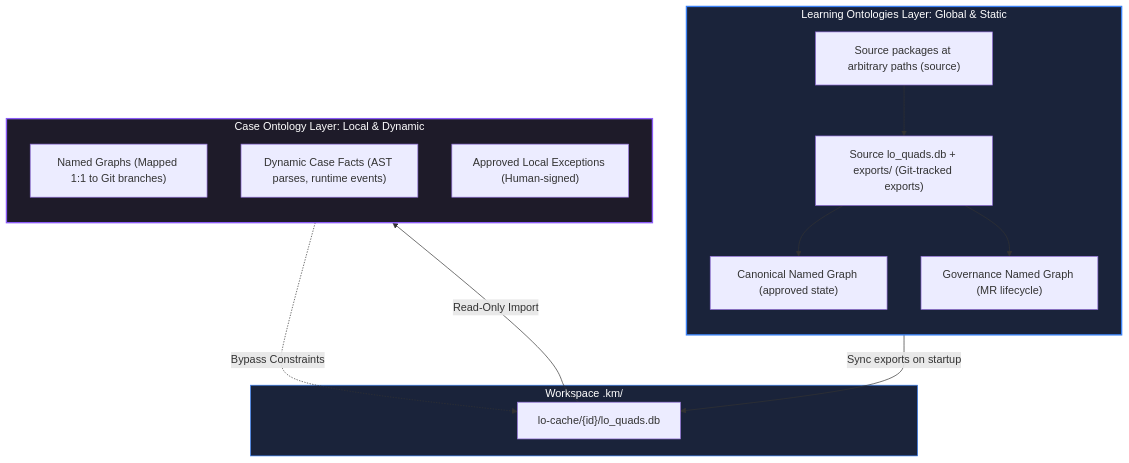
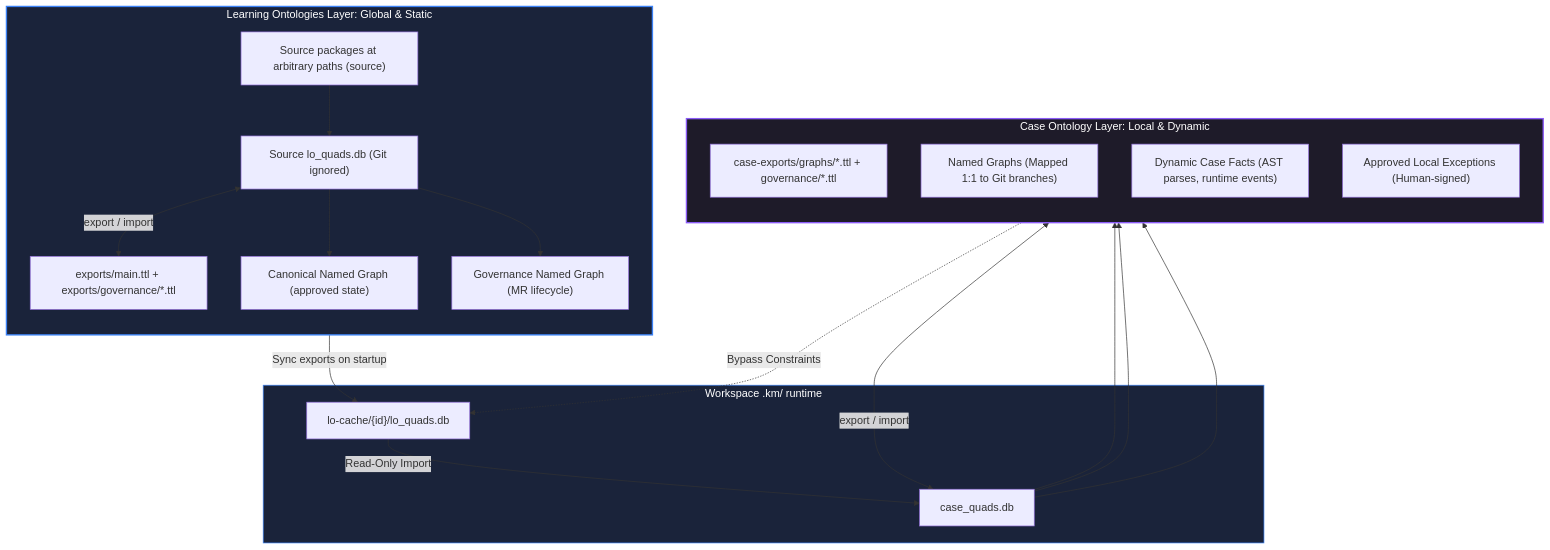
The first of 5 diagrams in docs/knowledge-management-specification.md (isaacnugroho/km), drawn with Mermaid before and after one commit. The commit also changed other lines of this file and 8 other files, not shown here.

````diff
--- a/docs/knowledge-management-specification.md
+++ b/docs/knowledge-management-specification.md
@@ -13,32 +13,40 @@
 ```mermaid
 graph TD
     subgraph LO [Learning Ontologies Layer: Global & Static]
         direction TB
         LO_Source["Source packages at arbitrary paths (source)"]
-        LO_Store["Source lo_quads.db + exports/ (Git-tracked exports)"]
+        LO_Store["Source lo_quads.db (Git ignored)"]
+        LO_Exports["exports/main.ttl + exports/governance/*.ttl"]
         LO_Canonical["Canonical Named Graph (approved state)"]
         LO_Governance["Governance Named Graph (MR lifecycle)"]
         LO_Source --> LO_Store
+        LO_Store <-->|export / import| LO_Exports
         LO_Store --> LO_Canonical
         LO_Store --> LO_Governance
     end
 
-    subgraph WS [Workspace .km/]
+    subgraph WS [Workspace .km/ runtime]
         LO_Cache["lo-cache/{id}/lo_quads.db"]
+        CO_DB["case_quads.db"]
     end
 
     subgraph CO [Case Ontology Layer: Local & Dynamic]
         direction TB
+        CO_Exports["case-exports/graphs/*.ttl + governance/*.ttl"]
         CO_BranchGraph["Named Graphs (Mapped 1:1 to Git branches)"]
         CO_Facts["Dynamic Case Facts (AST parses, runtime events)"]
         CO_Exceptions["Approved Local Exceptions (Human-signed)"]
+        CO_DB <-->|export / import| CO_Exports
+        CO_DB --> CO_BranchGraph
+        CO_DB --> CO_Facts
+        CO_DB --> CO_Exceptions
     end
 
     LO_Source -->|Sync exports on startup| LO_Cache
-    LO_Cache -->|Read-Only Import| CO
+    LO_Cache -->|Read-Only Import| CO_DB
     CO_Exceptions -.->|Bypass Constraints| LO_Cache
 
     style LO fill:#1a233a,stroke:#3b82f6,stroke-width:2px,color:#fff
     style WS fill:#1a233a,stroke:#3b82f6,stroke-width:1px,color:#fff
     style CO fill:#1e1b29,stroke:#8b5cf6,stroke-width:2px,color:#fff
 ```
````
